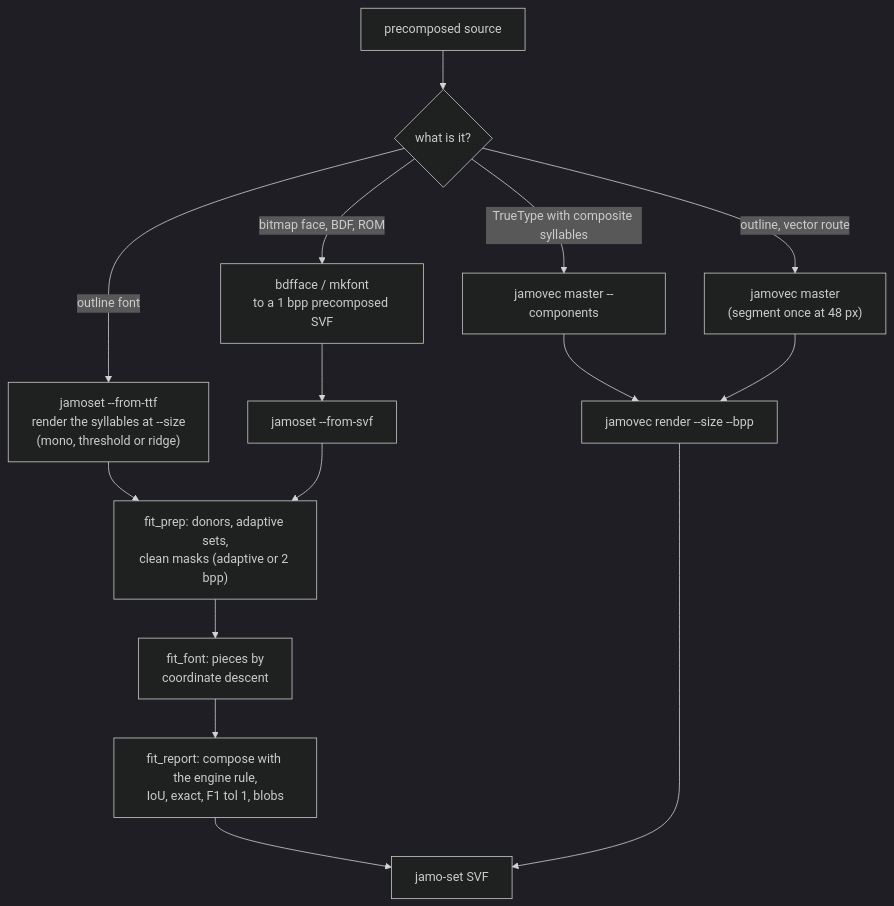
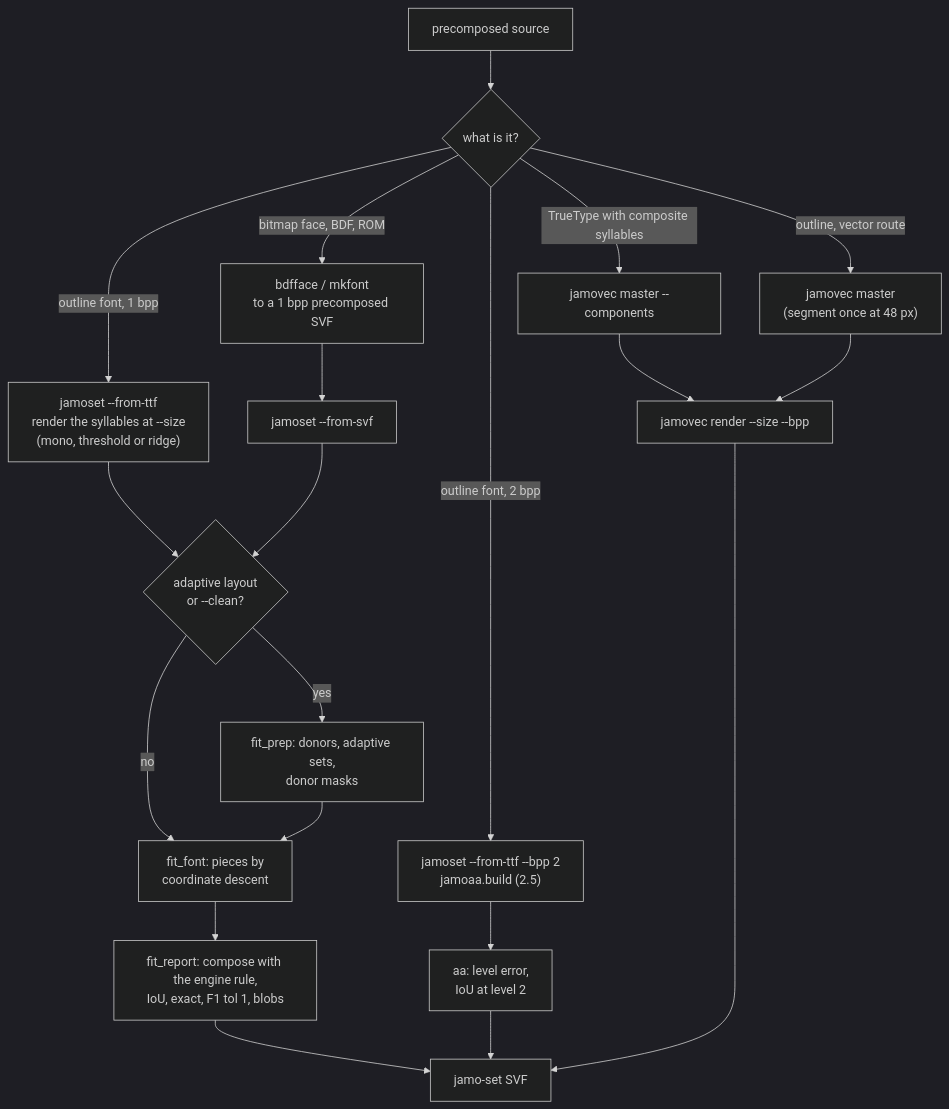
The first of 5 diagrams in docs/jamo-split.md (TaehyunKimLL/svf-fonts-open), drawn with Mermaid (dark theme) before and after one commit. The commit also changed other lines of this file and 3 other files, not shown here.

````diff
--- a/docs/jamo-split.md
+++ b/docs/jamo-split.md
@@ -102,17 +108,22 @@
 ```mermaid
 flowchart TD
   S["precomposed source"] --> K{"what is it?"}
-  K -->|"outline font"| T["jamoset --from-ttf<br/>render the syllables at --size<br/>(mono, threshold or ridge)"]
+  K -->|"outline font, 1 bpp"| T["jamoset --from-ttf<br/>render the syllables at --size<br/>(mono, threshold or ridge)"]
+  K -->|"outline font, 2 bpp"| AA["jamoset --from-ttf --bpp 2<br/>jamoaa.build (2.5)"]
   K -->|"bitmap face, BDF, ROM"| B["bdfface / mkfont<br/>to a 1 bpp precomposed SVF"]
   B --> V["jamoset --from-svf"]
   K -->|"TrueType with composite syllables"| C["jamovec master --components"]
   K -->|"outline, vector route"| M["jamovec master<br/>(segment once at 48 px)"]
-  T --> P["fit_prep: donors, adaptive sets,<br/>clean masks (adaptive or 2 bpp)"]
-  V --> P
+  T --> Q{"adaptive layout<br/>or --clean?"}
+  V --> Q
+  Q -->|yes| P["fit_prep: donors, adaptive sets,<br/>donor masks"]
+  Q -->|no| F
   P --> F["fit_font: pieces by<br/>coordinate descent"]
   F --> R["fit_report: compose with the engine rule,<br/>IoU, exact, F1 tol 1, blobs"]
+  AA --> RA["aa: level error,<br/>IoU at level 2"]
   C --> RV["jamovec render --size --bpp"]
   M --> RV
   R --> O["jamo-set SVF"]
+  RA --> O
   RV --> O
 ```
````
